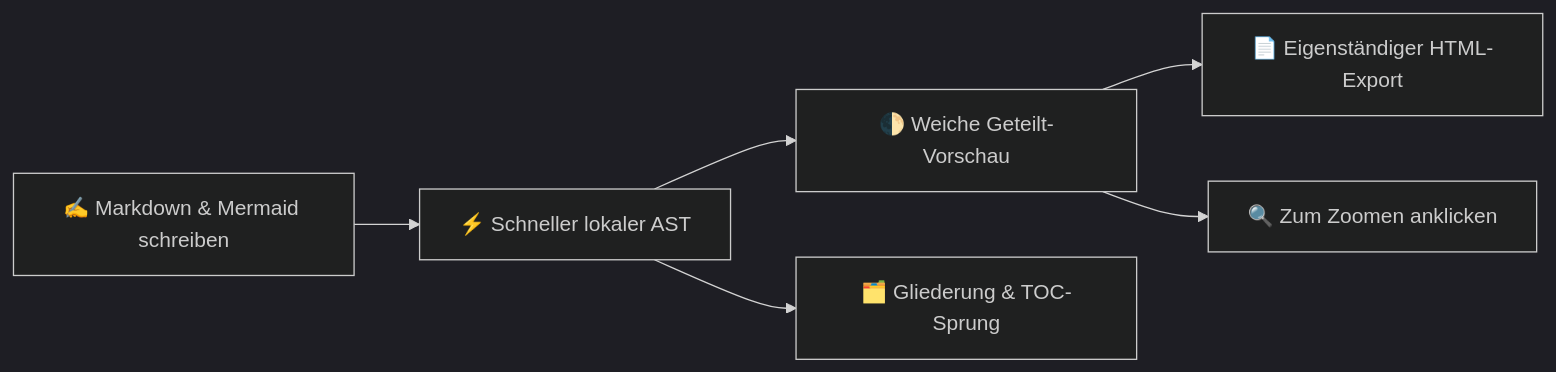
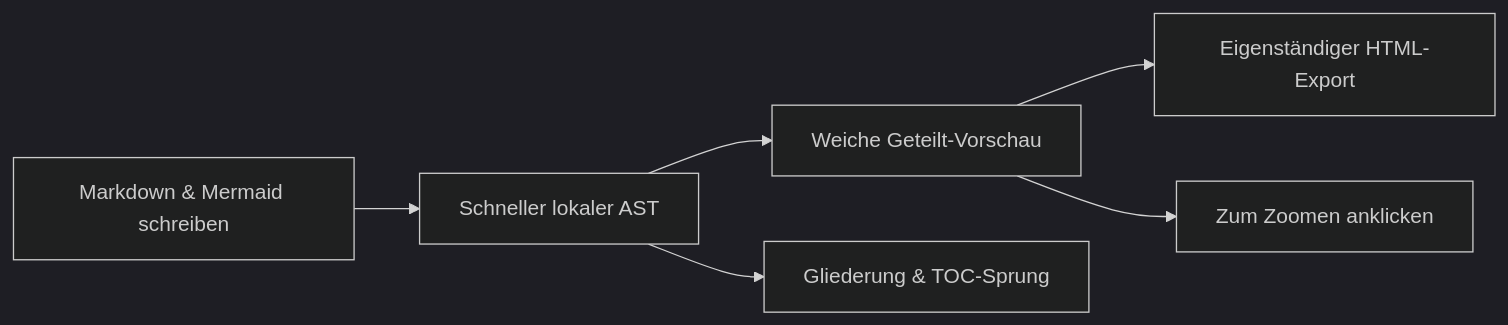
Before and after one commit to 2716190547/zmark: the diagram in crates/zmark_app/assets/welcome/de.md, drawn with Mermaid (dark theme). The commit also changed other lines of this file and 9 other files, not shown here.

````diff
--- a/crates/zmark_app/assets/welcome/de.md
+++ b/crates/zmark_app/assets/welcome/de.md
@@ -84,8 +84,8 @@
 ```mermaid
 flowchart LR
-    Write["✍️ Markdown & Mermaid schreiben"] --> Parse["⚡️ Schneller lokaler AST"]
-    Parse --> Split["🌓 Weiche Geteilt-Vorschau"]
-    Parse --> Outline["🗂️ Gliederung & TOC-Sprung"]
-    Split --> Export["📄 Eigenständiger HTML-Export"]
-    Split --> Lightbox["🔍 Zum Zoomen anklicken"]
+    Write["Markdown & Mermaid schreiben"] --> Parse["Schneller lokaler AST"]
+    Parse --> Split["Weiche Geteilt-Vorschau"]
+    Parse --> Outline["Gliederung & TOC-Sprung"]
+    Split --> Export["Eigenständiger HTML-Export"]
+    Split --> Lightbox["Zum Zoomen anklicken"]
 ```
````
